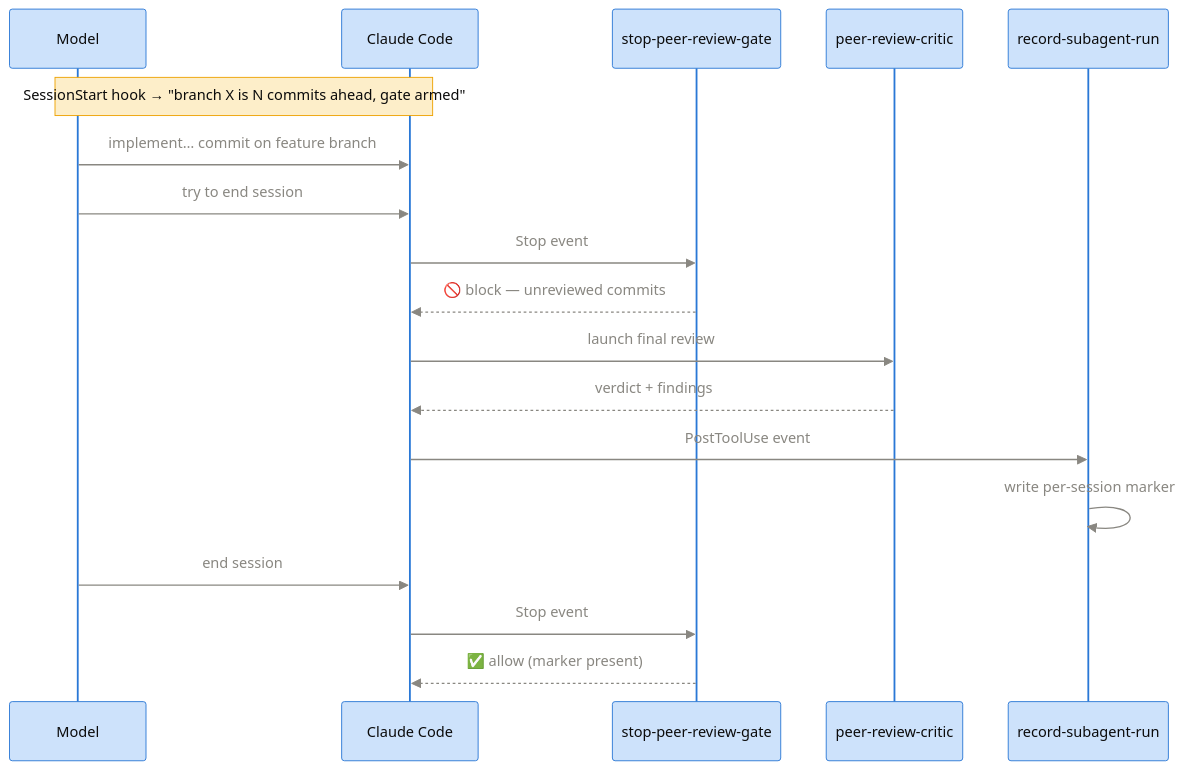
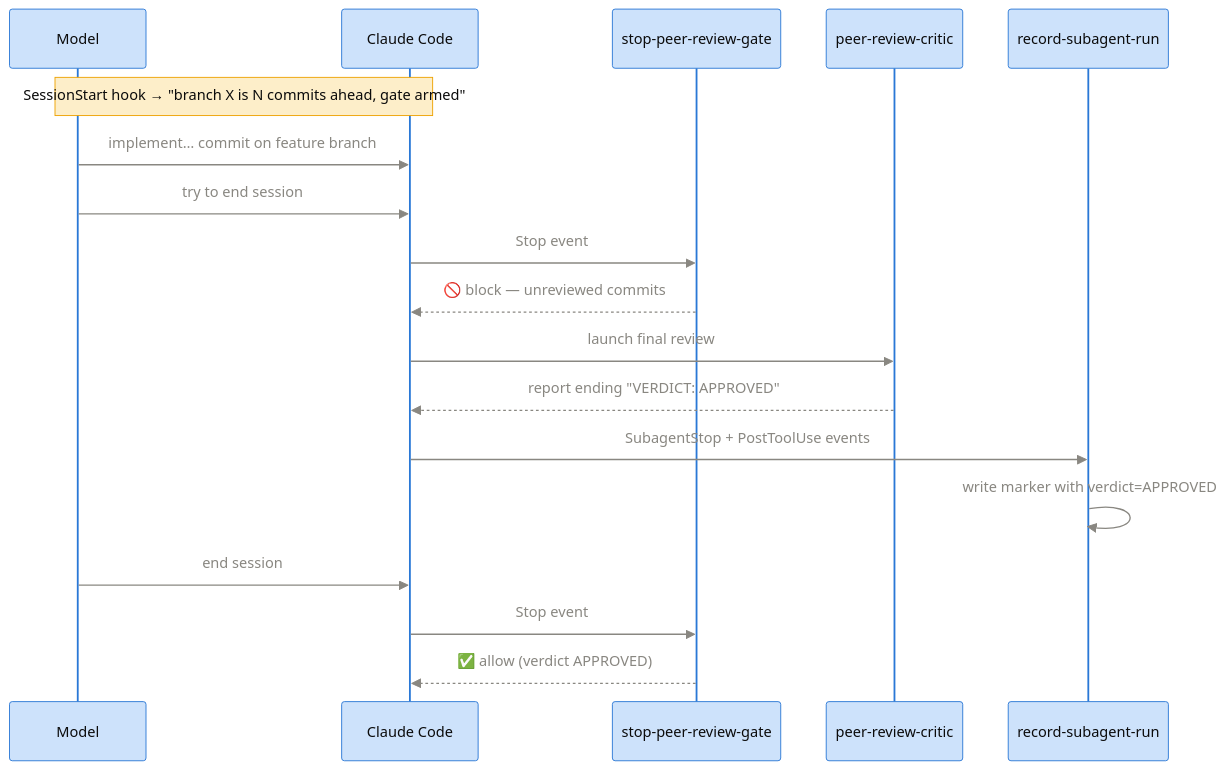
Before and after one commit to tomas-rampas/claude-agentic-framework: the sixth of 9 diagrams in docs/team-presentation.md, drawn with Mermaid. The commit also changed other lines of this file and 8 other files, not shown here.

````diff
--- a/docs/team-presentation.md
+++ b/docs/team-presentation.md
@@ -175,22 +175,22 @@
 ```mermaid
 %%{init: {"theme": "base", "themeVariables": {"background": "transparent", "actorBkg": "#cde2fb", "actorBorder": "#2a78d6", "actorTextColor": "#0b0b0b", "signalColor": "#898781", "signalTextColor": "#898781", "noteBkgColor": "#fdeec9", "noteBorderColor": "#eda100", "noteTextColor": "#0b0b0b"}}}%%
 sequenceDiagram
     participant M as Model
     participant CC as Claude Code
     participant G as stop-peer-review-gate
     participant PRC as peer-review-critic
     participant R as record-subagent-run
 
     Note over CC,M: SessionStart hook → "branch X is N commits ahead, gate armed"
     M->>CC: implement… commit on feature branch
     M->>CC: try to end session
     CC->>G: Stop event
     G-->>CC: 🚫 block — unreviewed commits
     CC->>PRC: launch final review
-    PRC-->>CC: verdict + findings
-    CC->>R: PostToolUse event
-    R->>R: write per-session marker
+    PRC-->>CC: report ending "VERDICT: APPROVED"
+    CC->>R: SubagentStop + PostToolUse events
+    R->>R: write marker with verdict=APPROVED
     M->>CC: end session
     CC->>G: Stop event
-    G-->>CC: ✅ allow (marker present)
+    G-->>CC: ✅ allow (verdict APPROVED)
 ```
````
